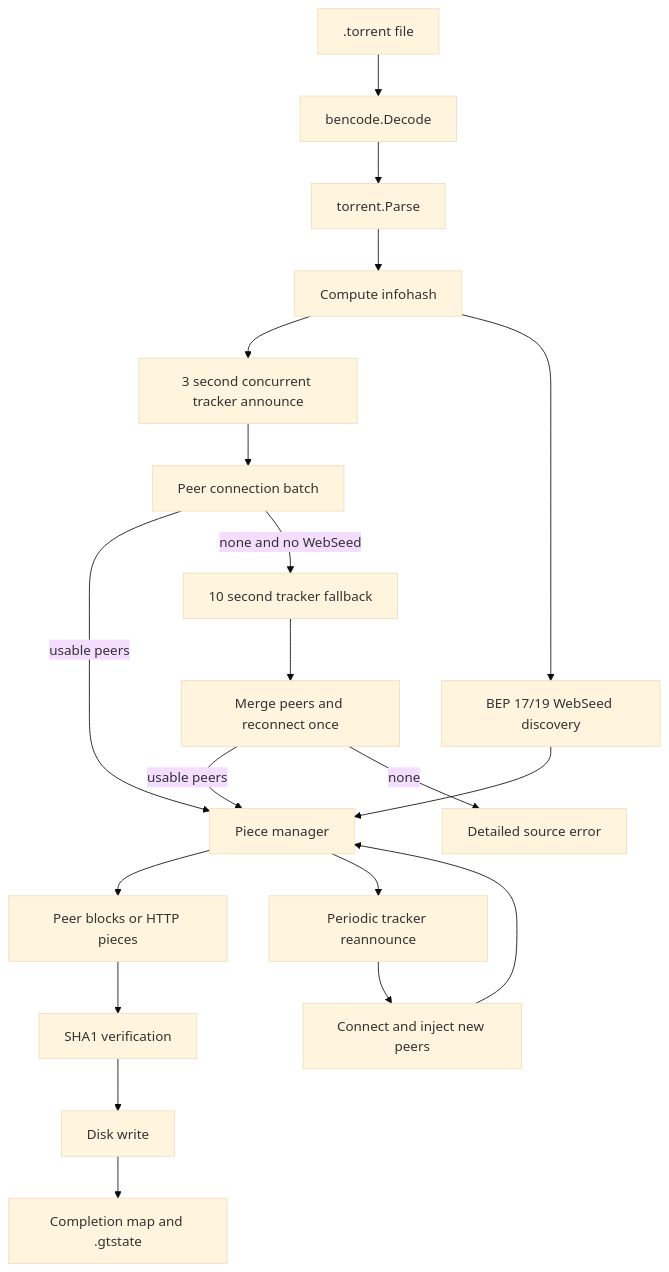
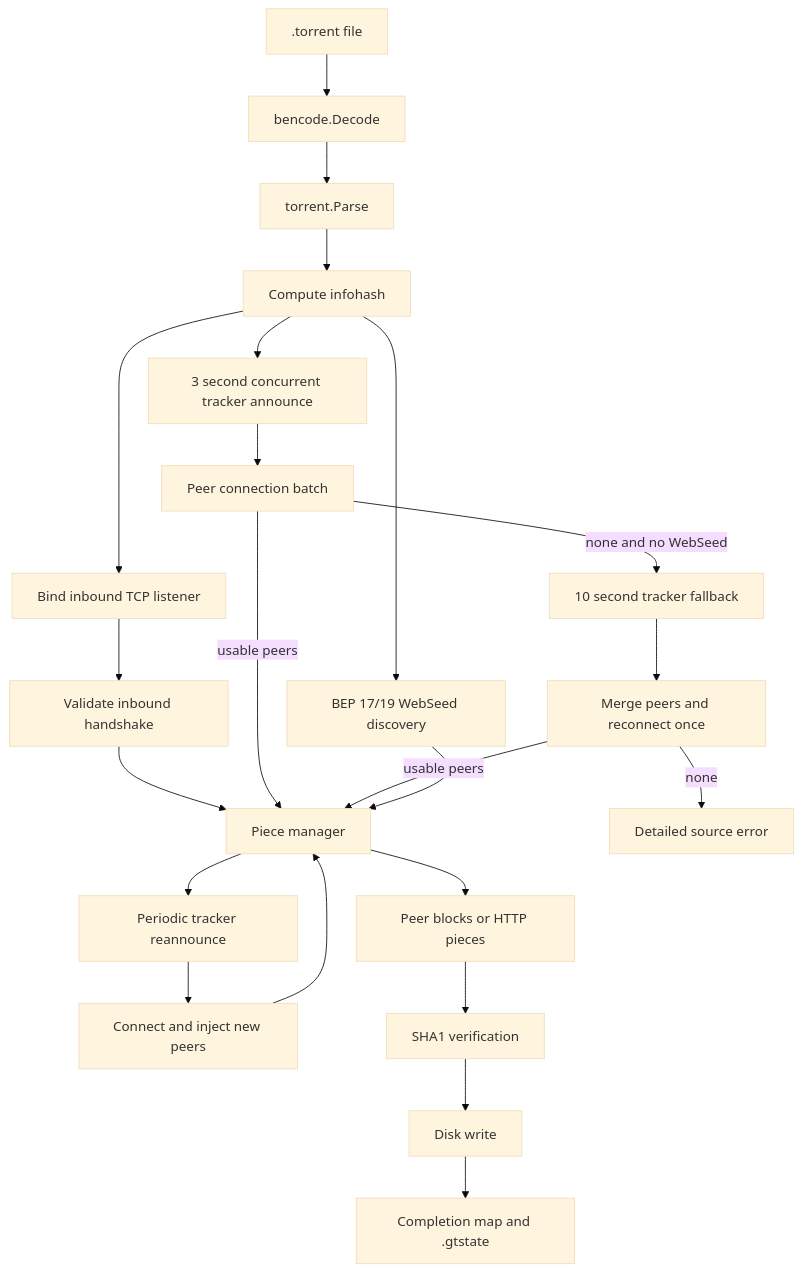
The diagram in README.md (itxkarthik/swarmrail), drawn with Mermaid (base theme) before and after one commit. The commit also changed other lines of this file, not shown here.

````diff
--- a/README.md
+++ b/README.md
@@ -63,22 +68,25 @@
 ```mermaid
 flowchart TD
     A[.torrent file] --> B[bencode.Decode]
     B --> C[torrent.Parse]
     C --> D[Compute infohash]
     D --> E[3 second concurrent tracker announce]
     D --> F[BEP 17/19 WebSeed discovery]
+    D --> Q[Bind inbound TCP listener]
+    Q --> R[Validate inbound handshake]
+    R --> I
     E --> G[Peer connection batch]
     G -->|usable peers| I[Piece manager]
     G -->|none and no WebSeed| H[10 second tracker fallback]
     H --> J[Merge peers and reconnect once]
     J -->|usable peers| I
     J -->|none| X[Detailed source error]
     F --> I
     I --> K[Peer blocks or HTTP pieces]
     I --> O[Periodic tracker reannounce]
     O --> P[Connect and inject new peers]
     P --> I
     K --> L[SHA1 verification]
     L --> M[Disk write]
     M --> N[Completion map and .gtstate]
 ```
````
